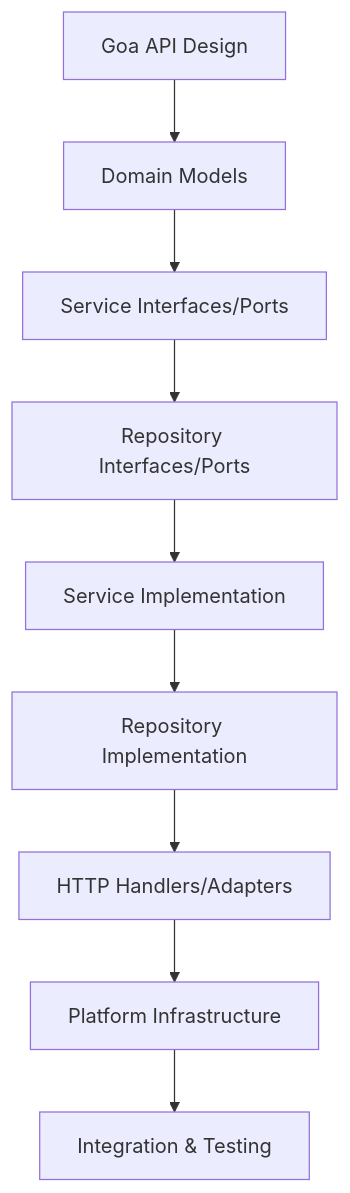
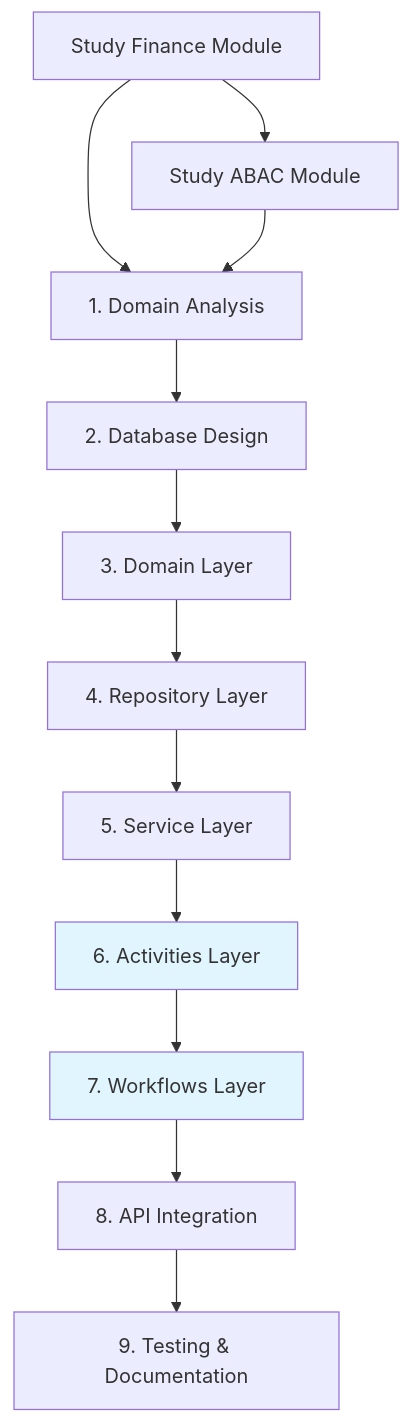
One commit to niiniyare/erp changed the diagram in docs/contributing/service.md. Above: the diagram before and after it, drawn with Mermaid. The commit also changed other lines of this file and 106 other files, not shown here.

First line of the commit message:
docs: update contributing guides with current Awo ERP architecture   patterns

````diff
--- a/docs/contributing/service.md
+++ b/docs/contributing/service.md
@@ -348,11 +681,18 @@
 ```mermaid
 graph TD
-    A[Goa API Design] --> B[Domain Models]
-    B --> C[Service Interfaces/Ports]
-    C --> D[Repository Interfaces/Ports]
-    D --> E[Service Implementation]
-    E --> F[Repository Implementation]
-    F --> G[HTTP Handlers/Adapters]
-    G --> H[Platform Infrastructure]
-    H --> I[Integration & Testing]
+    A[1. Domain Analysis] --> B[2. Database Design]
+    B --> C[3. Domain Layer] 
+    C --> D[4. Repository Layer]
+    D --> E[5. Service Layer]
+    E --> F[6. Activities Layer]
+    F --> G[7. Workflows Layer]
+    G --> H[8. API Integration]
+    H --> I[9. Testing & Documentation]
+    
+    style F fill:#e1f5fe
+    style G fill:#e1f5fe
+    
+    A1[Study Finance Module] --> A
+    A1 --> A2[Study ABAC Module]
+    A2 --> A
 ```
````
